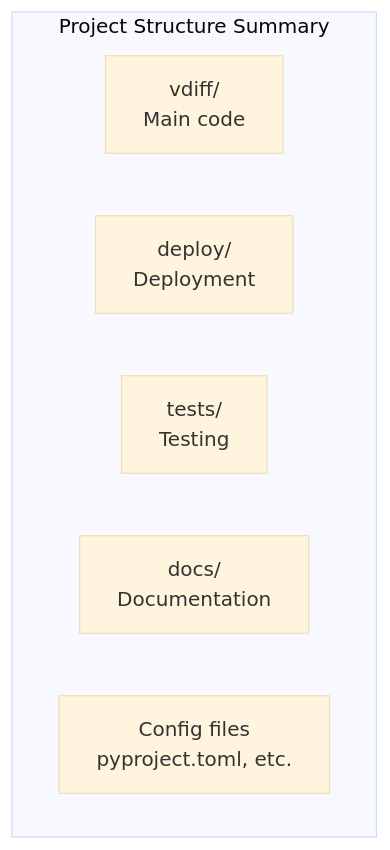
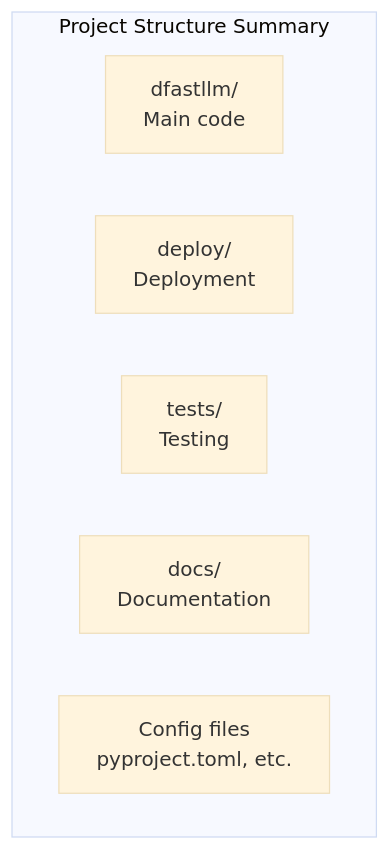
Before and after one commit to mwaykole/vdiff: diagram 18 of 18 in docs/dev-doc/03-project-structure.md, drawn with Mermaid (base theme). The commit also changed other lines of this file and 53 other files, not shown here.

First line of the commit message:
refactor: Rename all vdiff references to dfastllm

````diff
--- a/docs/dev-doc/03-project-structure.md
+++ b/docs/dev-doc/03-project-structure.md
@@ -579,10 +579,10 @@
 ```mermaid
 flowchart TB
     subgraph Summary["Project Structure Summary"]
-        CODE["vdiff/<br/>Main code"]
+        CODE["dfastllm/<br/>Main code"]
         DEPLOY["deploy/<br/>Deployment"]
         TESTS["tests/<br/>Testing"]
         DOCS["docs/<br/>Documentation"]
         CONFIG["Config files<br/>pyproject.toml, etc."]
     end
 ```
````
